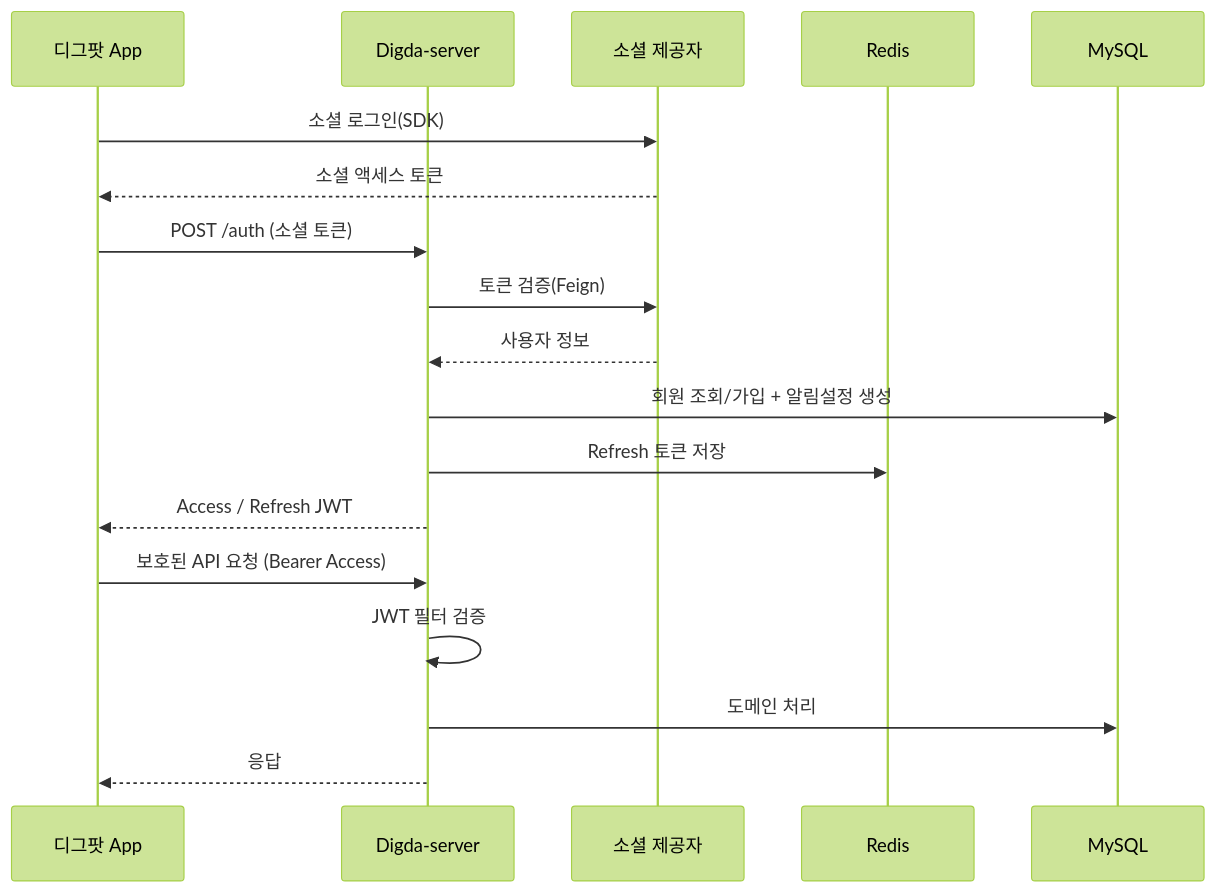
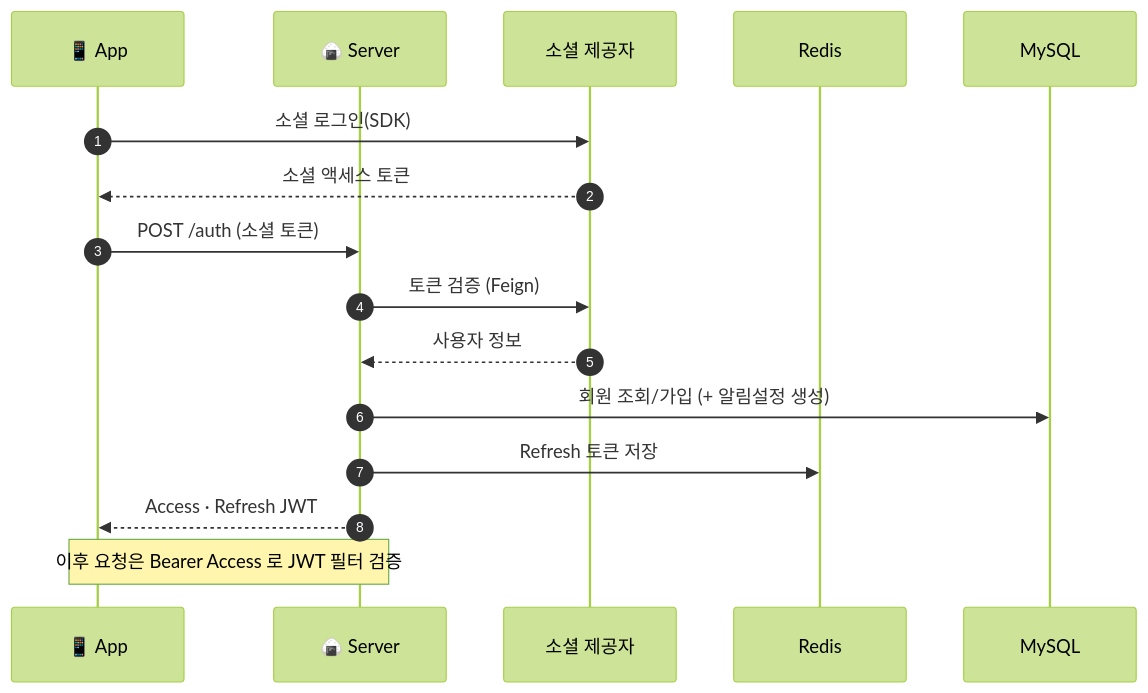
The second of 4 diagrams in README.md (Digpot/Digda-server), drawn with Mermaid (forest theme) before and after one commit. The commit also changed other lines of this file, not shown here.

First line of the commit message:
@ docs(server): README 다이어그램 스타일링 + 로컬 실행 섹션 제거

````diff
--- a/README.md
+++ b/README.md
@@ -91,22 +92,18 @@
 ```mermaid
 sequenceDiagram
-    participant App as 디그팟 App
-    participant API as Digda-server
+    autonumber
+    participant App as 📱 App
+    participant API as 🍙 Server
     participant OAuth as 소셜 제공자
     participant Redis
     participant DB as MySQL
-
     App->>OAuth: 소셜 로그인(SDK)
     OAuth-->>App: 소셜 액세스 토큰
     App->>API: POST /auth (소셜 토큰)
-    API->>OAuth: 토큰 검증(Feign)
+    API->>OAuth: 토큰 검증 (Feign)
     OAuth-->>API: 사용자 정보
-    API->>DB: 회원 조회/가입 + 알림설정 생성
+    API->>DB: 회원 조회/가입 (+ 알림설정 생성)
     API->>Redis: Refresh 토큰 저장
-    API-->>App: Access / Refresh JWT
-
-    App->>API: 보호된 API 요청 (Bearer Access)
-    API->>API: JWT 필터 검증
-    API->>DB: 도메인 처리
-    API-->>App: 응답
+    API-->>App: Access · Refresh JWT
+    Note over App,API: 이후 요청은 Bearer Access 로 JWT 필터 검증
 ```
````
